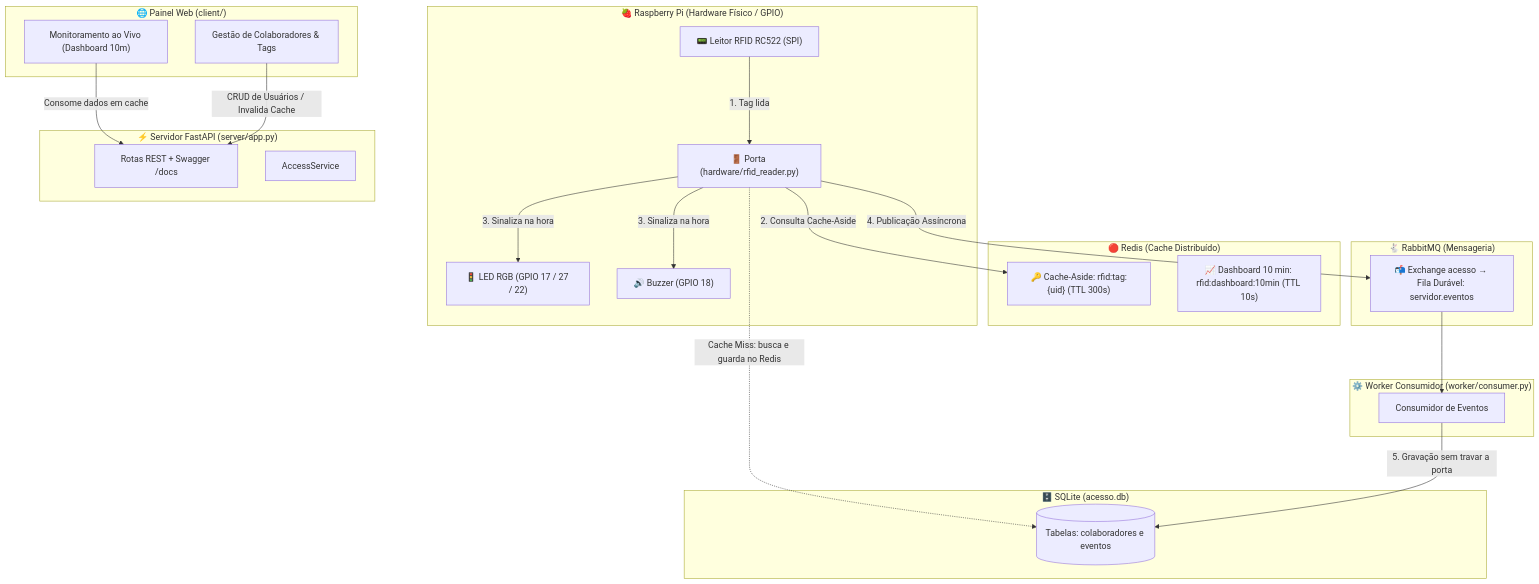
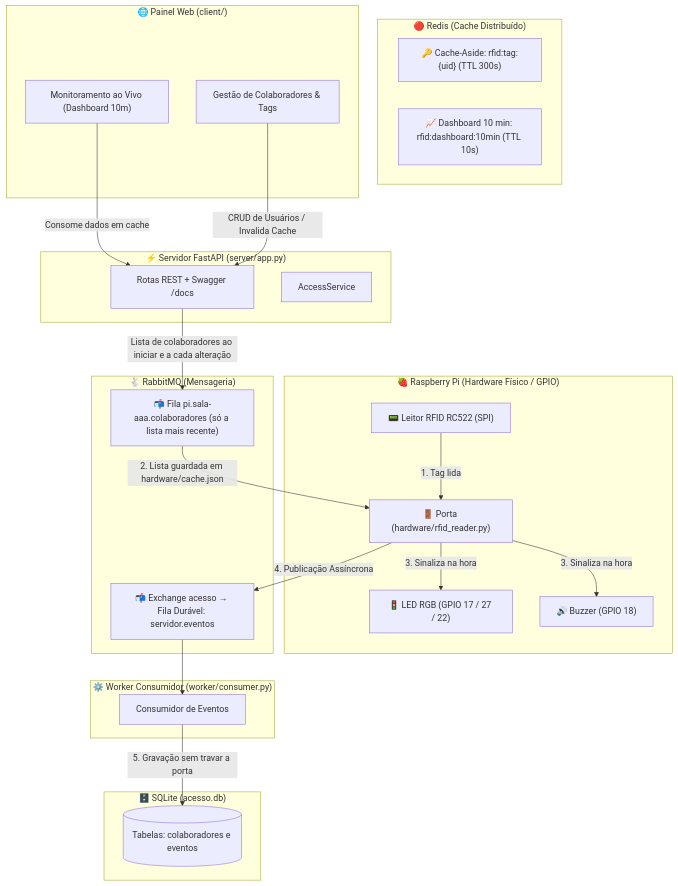
One commit to gabhmm/controle-acesso-rfid changed the diagram in README.md. Above: the diagram before and after it, drawn with Mermaid. The commit also changed other lines of this file and 3 other files, not shown here.

Commit message:
Reajuste: Pi independente do servidor, guarda o json em cache vindo da fila

````diff
--- a/README.md
+++ b/README.md
@@ -9,47 +9,48 @@
 ```mermaid
 flowchart TD
     subgraph Hardware ["🍓 Raspberry Pi (Hardware Físico / GPIO)"]
         RC522["📟 Leitor RFID RC522 (SPI)"]
         Porta["🚪 Porta (hardware/rfid_reader.py)"]
         LED["🚦 LED RGB (GPIO 17 / 27 / 22)"]
         BUZZ["🔊 Buzzer (GPIO 18)"]
     end
 
     subgraph API_FastAPI ["⚡ Servidor FastAPI (server/app.py)"]
         API["Rotas REST + Swagger /docs"]
         Service["AccessService"]
     end
 
     subgraph Cache_Redis ["🔴 Redis (Cache Distribuído)"]
         R_Tag["🔑 Cache-Aside: rfid:tag:{uid} (TTL 300s)"]
         R_Dash["📈 Dashboard 10 min: rfid:dashboard:10min (TTL 10s)"]
     end
 
     subgraph Mensageria_RabbitMQ ["🐇 RabbitMQ (Mensageria)"]
         Queue["📬 Exchange acesso → Fila Durável: servidor.eventos"]
+        QueuePi["📬 Fila pi.sala-aaa.colaboradores (só a lista mais recente)"]
     end
 
     subgraph Background_Worker ["⚙️ Worker Consumidor (worker/consumer.py)"]
         Worker["Consumidor de Eventos"]
     end
 
     subgraph Database ["🗄️ SQLite (acesso.db)"]
         DB[(Tabelas: colaboradores e eventos)]
     end
 
     subgraph WebClient ["🌐 Painel Web (client/)"]
         WebAdmin["Gestão de Colaboradores & Tags"]
         WebMonitor["Monitoramento ao Vivo (Dashboard 10m)"]
     end
 
     RC522 -->|1. Tag lida| Porta
-    Porta -->|2. Consulta Cache-Aside| R_Tag
-    Porta -.->|Cache Miss: busca e guarda no Redis| DB
+    API -->|Lista de colaboradores ao iniciar e a cada alteração| QueuePi
+    QueuePi -->|2. Lista guardada em hardware/cache.json| Porta
     Porta -->|3. Sinaliza na hora| LED
     Porta -->|3. Sinaliza na hora| BUZZ
     Porta -->|4. Publicação Assíncrona| Queue
     Queue --> Worker
     Worker -->|5. Gravação sem travar a porta| DB
     WebMonitor -->|Consome dados em cache| API
     WebAdmin -->|CRUD de Usuários / Invalida Cache| API
 ```
````
